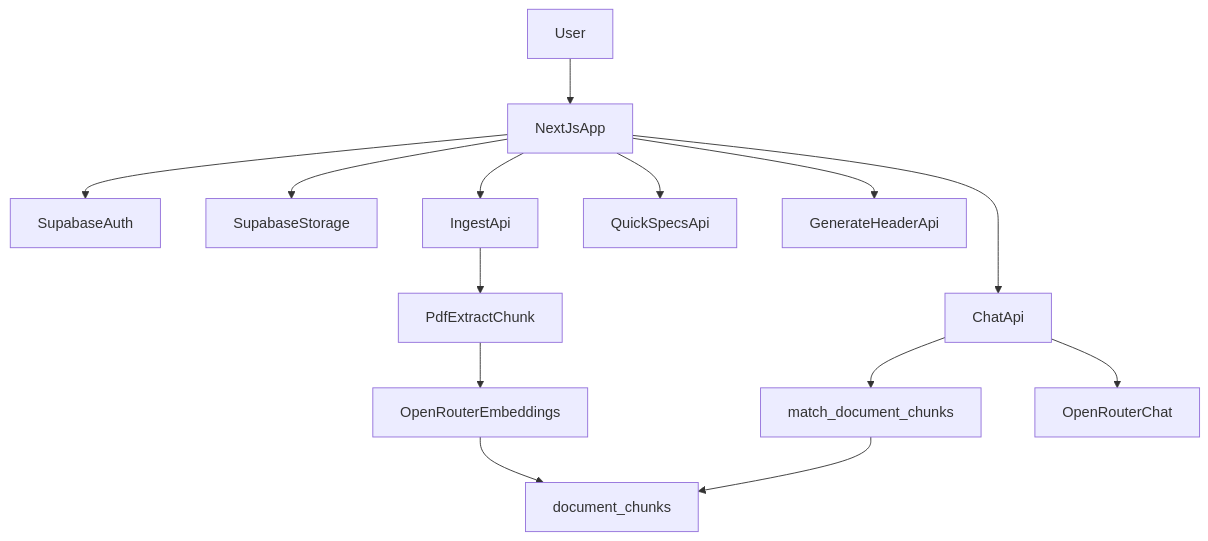
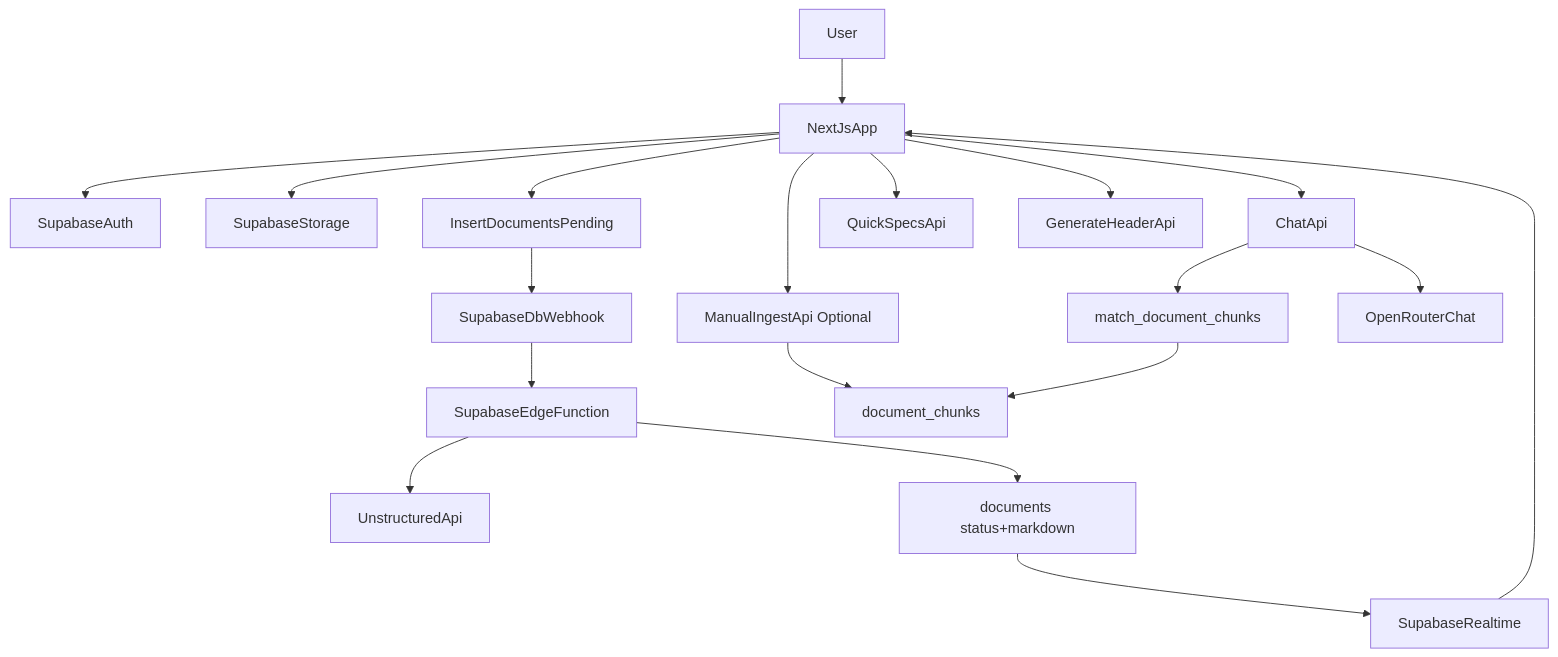
Before and after one commit to jedddi/Spec2Code-Spec-Sheet-Analyzer: the diagram in README.md, drawn with Mermaid. The commit also changed other lines of this file and 25 other files, not shown here.

````diff
--- a/README.md
+++ b/README.md
@@ -16,16 +16,21 @@
 ```mermaid
 flowchart TD
   user[User] --> appUi[NextJsApp]
   appUi --> supabaseAuth[SupabaseAuth]
   appUi --> storage[SupabaseStorage]
-  appUi --> ingestApi[IngestApi]
-  ingestApi --> pdfExtract[PdfExtractChunk]
-  pdfExtract --> embedModel[OpenRouterEmbeddings]
-  embedModel --> chunkTable[document_chunks]
+  appUi --> insertPending[InsertDocumentsPending]
+  insertPending --> dbWebhook[SupabaseDbWebhook]
+  dbWebhook --> ingestFn[SupabaseEdgeFunction]
+  ingestFn --> unstructured[UnstructuredApi]
+  ingestFn --> documentsTable[documents status+markdown]
+  documentsTable --> realtime[SupabaseRealtime]
+  realtime --> appUi
+  appUi --> ingestApi[ManualIngestApi Optional]
+  ingestApi --> chunkTable[document_chunks]
   appUi --> chatApi[ChatApi]
   chatApi --> matchRpc[match_document_chunks]
   matchRpc --> chunkTable
   chatApi --> llm[OpenRouterChat]
   appUi --> quickSpecsApi[QuickSpecsApi]
   appUi --> headerApi[GenerateHeaderApi]
 ```
````
